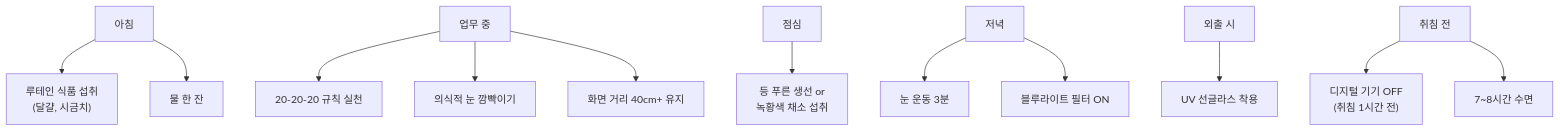
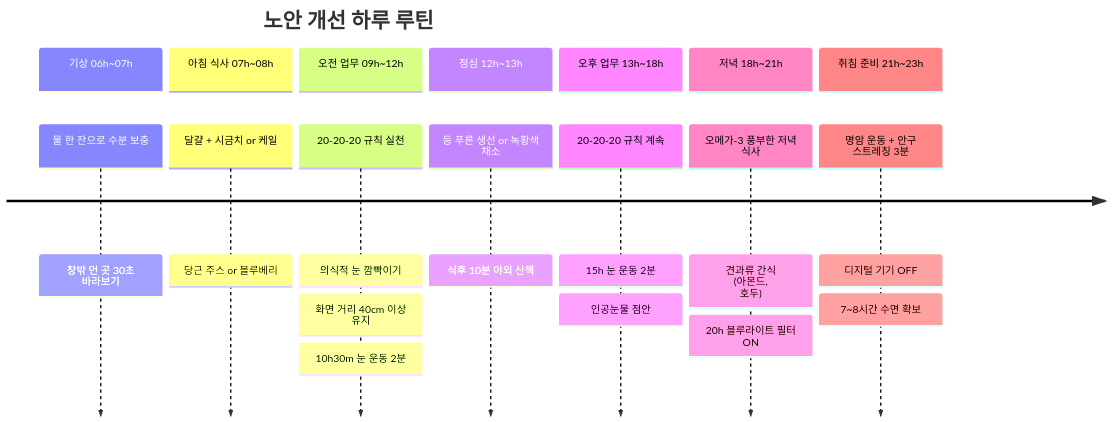
One commit to dss99911/dss99911.github.io changed the third of 3 diagrams in _posts/knowledge/health/2026-03-18-presbyopia-prevention-guide.md. Above: the diagram before and after it, drawn with Mermaid. The commit also changed other lines of this file, not shown here.

````diff
--- a/_posts/knowledge/health/2026-03-18-presbyopia-prevention-guide.md
+++ b/_posts/knowledge/health/2026-03-18-presbyopia-prevention-guide.md
@@ -199,19 +201,30 @@
 ```mermaid
-flowchart TD
-    A["아침"] --> A1["루테인 식품 섭취<br/>#40;달걀, 시금치#41;"]
-    A --> A2["물 한 잔"]
-
-    B["업무 중"] --> B1["20-20-20 규칙 실천"]
-    B --> B2["의식적 눈 깜빡이기"]
-    B --> B3["화면 거리 40cm+ 유지"]
-
-    C["점심"] --> C1["등 푸른 생선 or<br/>녹황색 채소 섭취"]
-
-    D["저녁"] --> D1["눈 운동 3분"]
-    D --> D2["블루라이트 필터 ON"]
-
-    E["외출 시"] --> E1["UV 선글라스 착용"]
-
-    F["취침 전"] --> F1["디지털 기기 OFF<br/>#40;취침 1시간 전#41;"]
-    F --> F2["7~8시간 수면"]
+timeline
+    title 노안 개선 하루 루틴
+    section 기상 06h~07h
+        물 한 잔으로 수분 보충
+        : 창밖 먼 곳 30초 바라보기
+    section 아침 식사 07h~08h
+        달걀 + 시금치 or 케일
+        : 당근 주스 or 블루베리
+    section 오전 업무 09h~12h
+        20-20-20 규칙 실천
+        : 의식적 눈 깜빡이기
+        : 화면 거리 40cm 이상 유지
+        : 10h30m 눈 운동 2분
+    section 점심 12h~13h
+        등 푸른 생선 or 녹황색 채소
+        : 식후 10분 야외 산책
+    section 오후 업무 13h~18h
+        20-20-20 규칙 계속
+        : 15h 눈 운동 2분
+        : 인공눈물 점안
+    section 저녁 18h~21h
+        오메가-3 풍부한 저녁 식사
+        : 견과류 간식 #40;아몬드, 호두#41;
+        : 20h 블루라이트 필터 ON
+    section 취침 준비 21h~23h
+        명암 운동 + 안구 스트레칭 3분
+        : 디지털 기기 OFF
+        : 7~8시간 수면 확보
 ```
````
